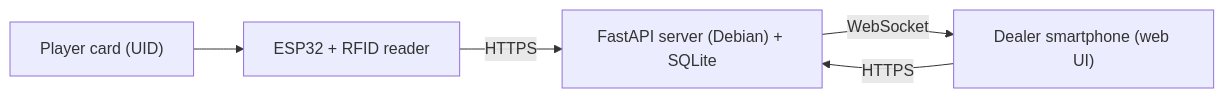
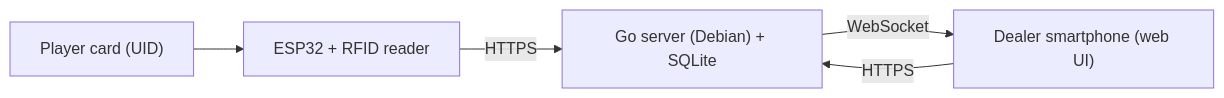
The diagram in README.md (Chefmine8/OpenCroupier), drawn with Mermaid before and after one commit. The commit also changed other lines of this file and 3 other files, not shown here.

````diff
--- a/README.md
+++ b/README.md
@@ -28,7 +28,7 @@
 ```mermaid
 flowchart LR
     Card["Player card (UID)"] --> ESP["ESP32 + RFID reader"]
-    ESP -- "HTTPS" --> API["FastAPI server (Debian) + SQLite"]
+    ESP -- "HTTPS" --> API["Go server (Debian) + SQLite"]
     API -- "WebSocket" --> Phone["Dealer smartphone (web UI)"]
     Phone -- "HTTPS" --> API
 ```
````
